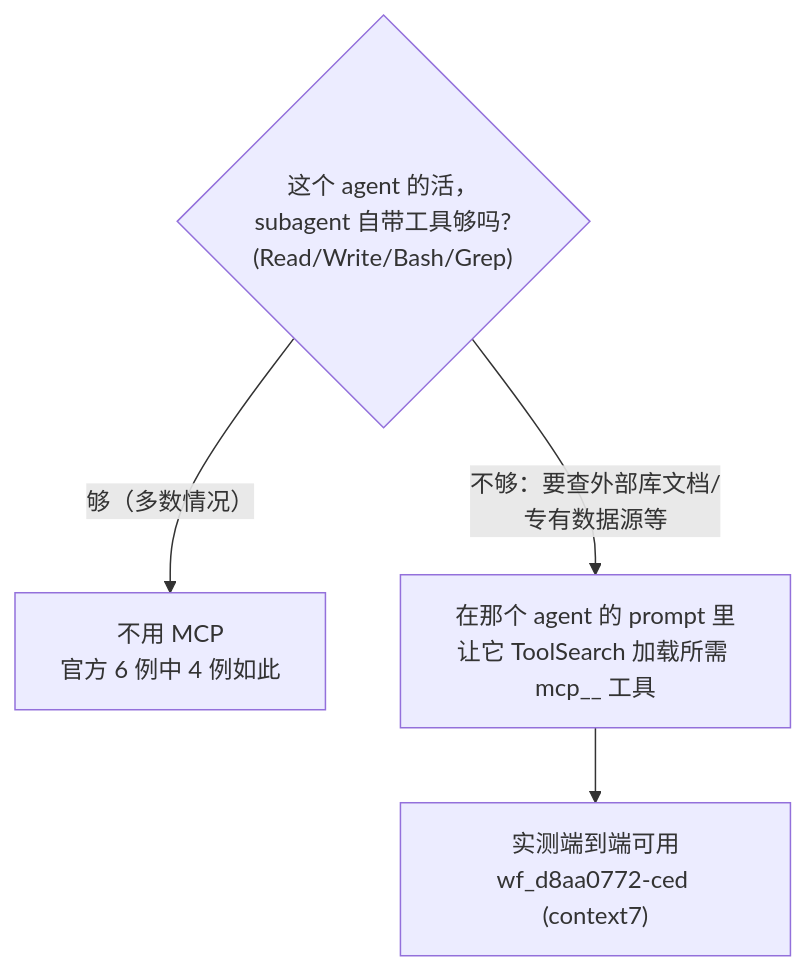
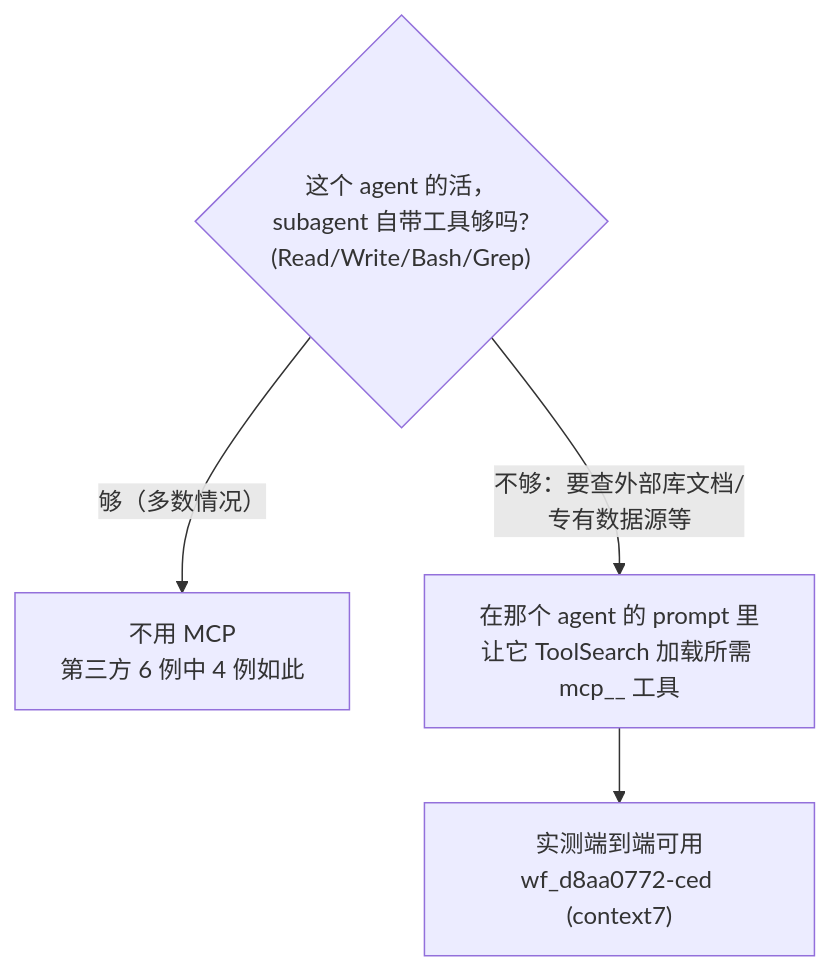
The sixth of 6 diagrams in docs/zh/p6-27-authoring.md (AGI-is-going-to-arrive/workflow-cookbook), drawn with Mermaid before and after one commit. The commit also changed other lines of this file and 59 other files, not shown here.

````diff
--- a/docs/zh/p6-27-authoring.md
+++ b/docs/zh/p6-27-authoring.md
@@ -408,7 +408,7 @@
 ```mermaid
 flowchart TD
     Q{"这个 agent 的活，<br/>subagent 自带工具够吗?<br/>(Read/Write/Bash/Grep)"}
-    Q -->|"够（多数情况）"| N["不用 MCP<br/>官方 6 例中 4 例如此"]
+    Q -->|"够（多数情况）"| N["不用 MCP<br/>第三方 6 例中 4 例如此"]
     Q -->|"不够：要查外部库文档/<br/>专有数据源等"| Y["在那个 agent 的 prompt 里<br/>让它 ToolSearch 加载所需 mcp__ 工具"]
     Y --> R["实测端到端可用<br/>wf_d8aa0772-ced (context7)"]
 ```
````
